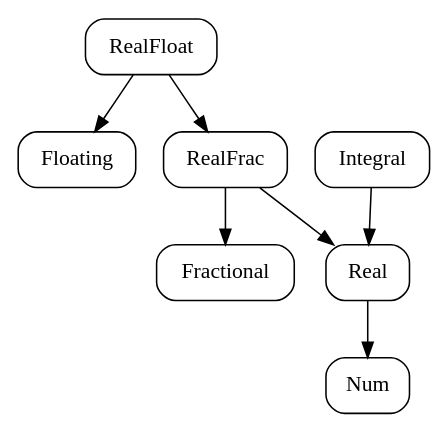
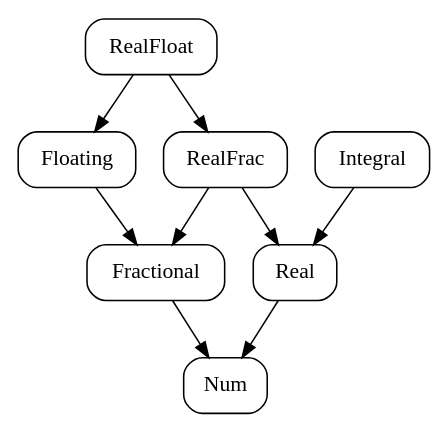
One commit to freizl/dive-into-haskell changed the diagram in number/number.gv. Above: the diagram before and after it, drawn with Graphviz.

Commit message:
a little more relation

```diff
--- a/number/number.gv
+++ b/number/number.gv
@@ -1,21 +1,24 @@
 digraph structs {
     node [shape=record, style=rounded];
     
     realfloat     [label="<realfloat> RealFloat"];
     floating      [label="<floating> Floating"];
     realfrac      [label="<realfrac> RealFrac"];
     fractional    [label="<fractional> Fractional"];
     integral      [label="<integral> Integral"];
     real          [label="<real> Real"];
     num           [label="<num> Num"];
     
+    floating  -> fractional
+    
     realfloat -> floating;
     realfloat -> realfrac;
 
     realfrac -> real;
     realfrac -> fractional;
 
+    fractional -> num;
     integral -> real;
     real -> num;
     
 }
```
